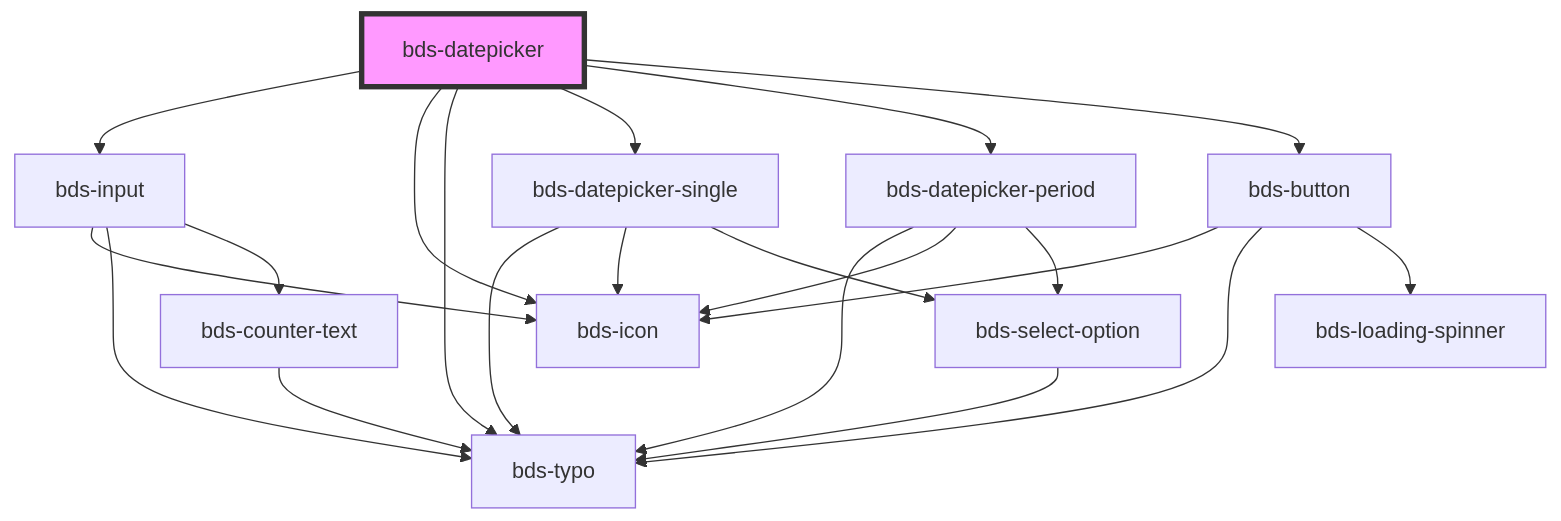
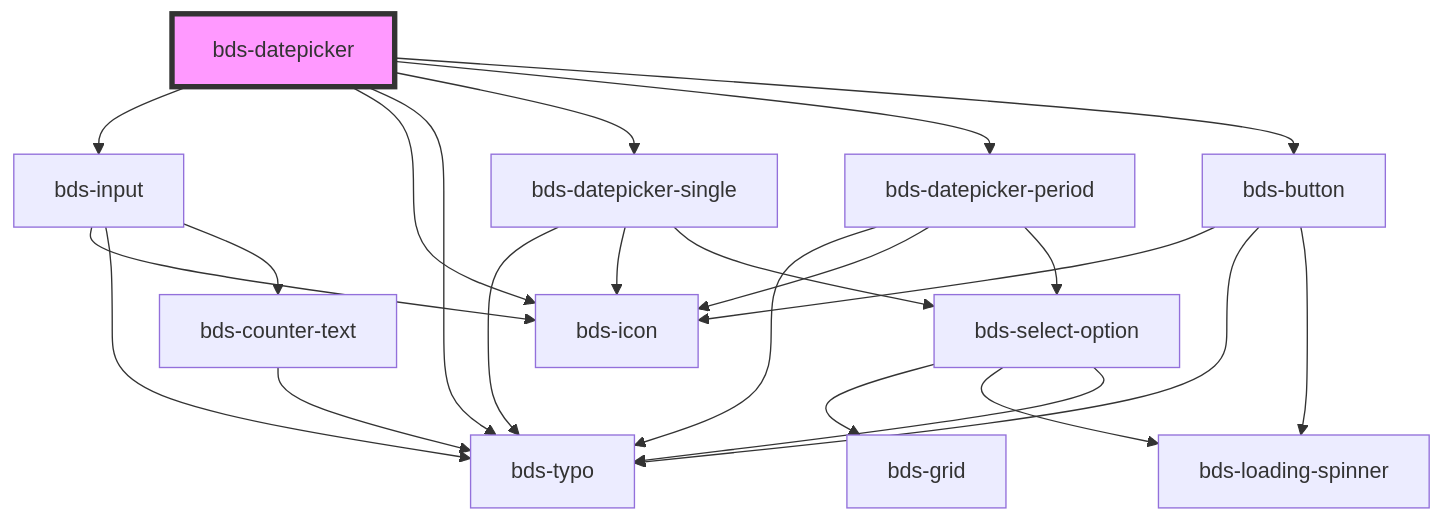
Before and after one commit to takenet/blip-ds: the diagram in src/components/datepicker/readme.md, drawn with Mermaid. The commit also changed 12 other files, not shown here.

Commit message:
feat(select-options): add new prop in select-options to enable loading

````diff
--- a/src/components/datepicker/readme.md
+++ b/src/components/datepicker/readme.md
@@ -52,24 +52,26 @@
 ```mermaid
 graph TD;
   bds-datepicker --> bds-input
   bds-datepicker --> bds-icon
   bds-datepicker --> bds-typo
   bds-datepicker --> bds-datepicker-single
   bds-datepicker --> bds-datepicker-period
   bds-datepicker --> bds-button
   bds-input --> bds-icon
   bds-input --> bds-typo
   bds-input --> bds-counter-text
   bds-counter-text --> bds-typo
   bds-datepicker-single --> bds-typo
   bds-datepicker-single --> bds-icon
   bds-datepicker-single --> bds-select-option
+  bds-select-option --> bds-grid
+  bds-select-option --> bds-loading-spinner
   bds-select-option --> bds-typo
   bds-datepicker-period --> bds-typo
   bds-datepicker-period --> bds-icon
   bds-datepicker-period --> bds-select-option
   bds-button --> bds-icon
   bds-button --> bds-typo
   bds-button --> bds-loading-spinner
   style bds-datepicker fill:#f9f,stroke:#333,stroke-width:4px
 ```
````
